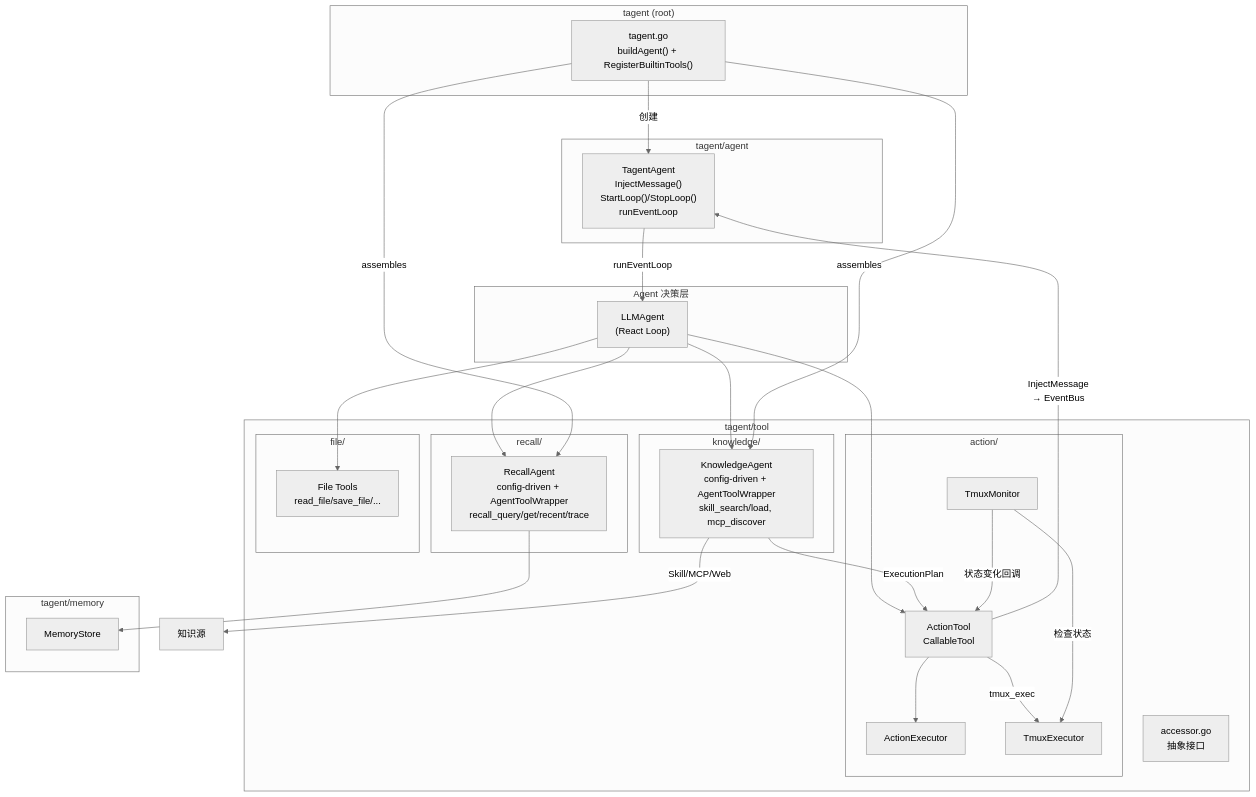
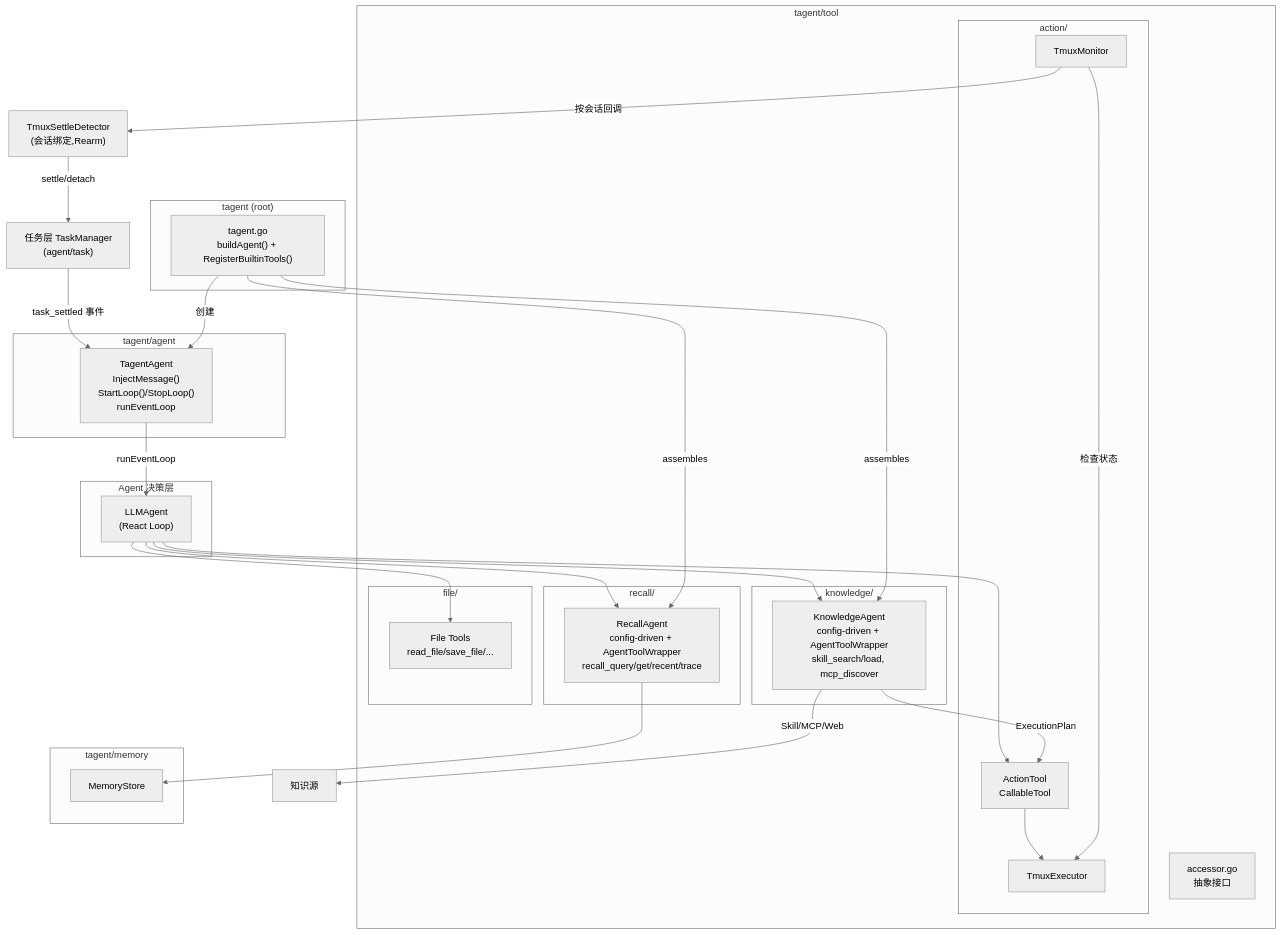
One commit to SpellingDragon/tagent changed the first of 6 diagrams in docs/wiki/tool/tool-architecture.md. Above: the diagram before and after it, drawn with Mermaid (neutral theme). The commit also changed other lines of this file and 5 other files, not shown here.

First line of the commit message:
docs(wiki)+fix(agent): full accuracy rewrite of remaining docs; hex event_keys bug found & fixed

````diff
--- a/docs/wiki/tool/tool-architecture.md
+++ b/docs/wiki/tool/tool-architecture.md
@@ -104,55 +69,54 @@
 ```mermaid
 graph TB
     subgraph "tagent (root)"
         KA["tagent.go\nbuildAgent() + RegisterBuiltinTools()"]
     end
 
     subgraph "tagent/agent"
         TA["TagentAgent\nInjectMessage()\nStartLoop()/StopLoop()\nrunEventLoop"]
     end
 
     subgraph "tagent/tool"
         subgraph "recall/"
             RA["RecallAgent\nconfig-driven + AgentToolWrapper\nrecall_query/get/recent/trace"]
         end
         subgraph "knowledge/"
             KT["KnowledgeAgent\nconfig-driven + AgentToolWrapper\nskill_search/load, mcp_discover"]
         end
         subgraph "action/"
             CT["ActionTool\nCallableTool"]
-            CE["ActionExecutor"]
             TE["TmuxExecutor"]
             TM["TmuxMonitor"]
         end
         subgraph "file/"
             FT["File Tools\nread_file/save_file/..."]
         end
         AC["accessor.go\n抽象接口"]
     end
 
     subgraph "tagent/memory"
         MS["MemoryStore"]
     end
 
     subgraph "Agent 决策层"
         LLMA["LLMAgent\n(React Loop)"]
     end
 
     LLMA --> RA
     LLMA --> KT
     LLMA --> CT
     LLMA --> FT
 
     RA --> MS
     KT -->|Skill/MCP/Web| SRC["知识源"]
     KT -->|ExecutionPlan| CT
-    CT --> CE
-    CT -->|tmux_exec| TE
+    CT --> TE
     TM -->|检查状态| TE
-    TM -->|状态变化回调| CT
-    CT -->|InjectMessage\n→ EventBus| TA
+    TM -->|按会话回调| SD["TmuxSettleDetector\n(会话绑定,Rearm)"]
+    SD -->|settle/detach| TL["任务层 TaskManager\n(agent/task)"]
+    TL -->|task_settled 事件| TA
     TA -->|runEventLoop| LLMA
     KA -->|创建| TA
     KA -->|assembles| RA
     KA -->|assembles| KT
 ```
````
